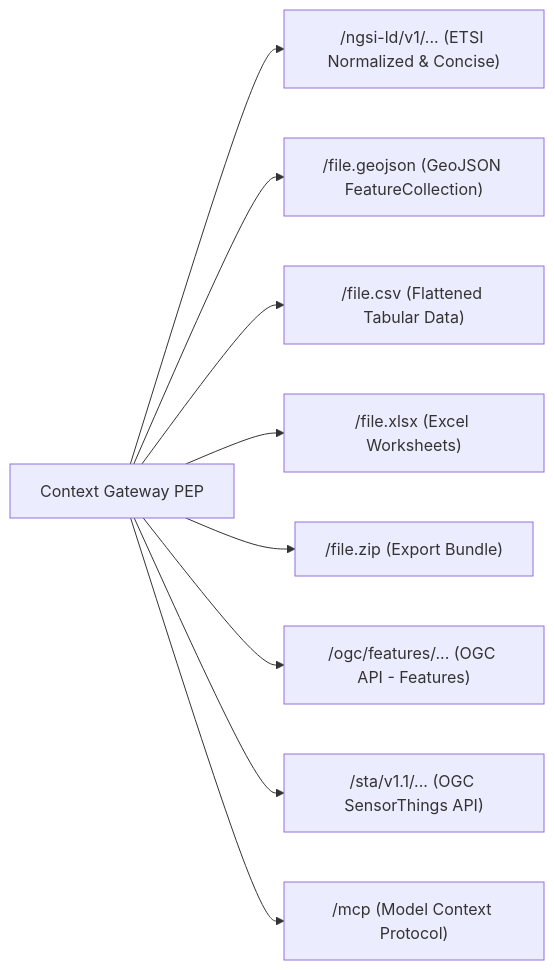
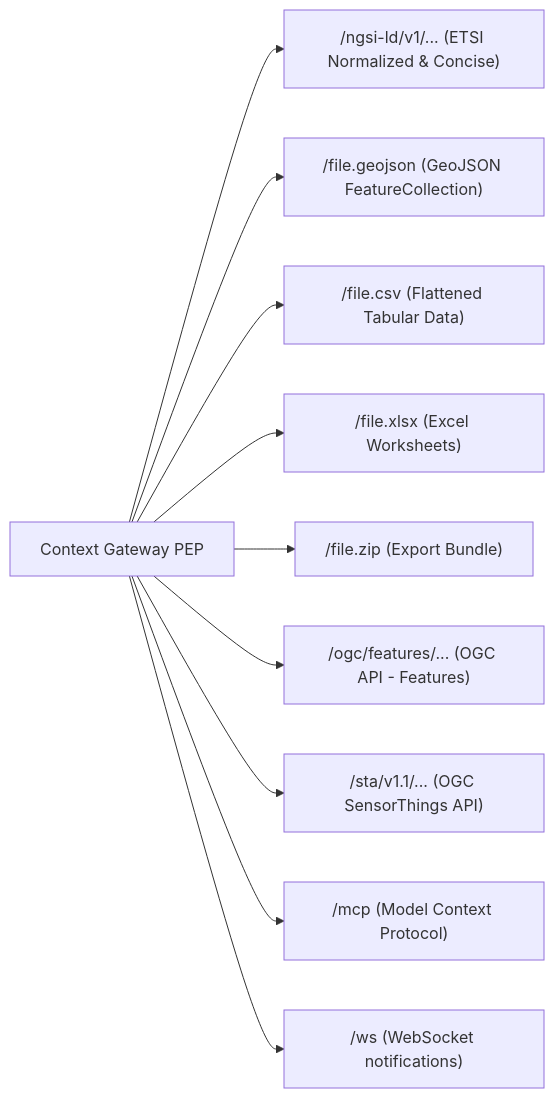
One commit to marek-mraz-jc/joinedcontext-docs changed the diagram in API/02-endpoint-representations.md. Above: the diagram before and after it, drawn with Mermaid. The commit also changed other lines of this file and 6 other files, not shown here.

````diff
--- a/API/02-endpoint-representations.md
+++ b/API/02-endpoint-representations.md
@@ -18,13 +18,14 @@
 ```mermaid
 flowchart LR
     GW["Context Gateway PEP"]
     
     GW --> R1["/ngsi-ld/v1/... (ETSI Normalized & Concise)"]
     GW --> R2["/file.geojson (GeoJSON FeatureCollection)"]
     GW --> R3["/file.csv (Flattened Tabular Data)"]
     GW --> R4["/file.xlsx (Excel Worksheets)"]
     GW --> R4b["/file.zip (Export Bundle)"]
     GW --> R5["/ogc/features/... (OGC API - Features)"]
     GW --> R6["/sta/v1.1/... (OGC SensorThings API)"]
     GW --> R7["/mcp (Model Context Protocol)"]
+    GW --> R8["/ws (WebSocket notifications)"]
 ```
````
